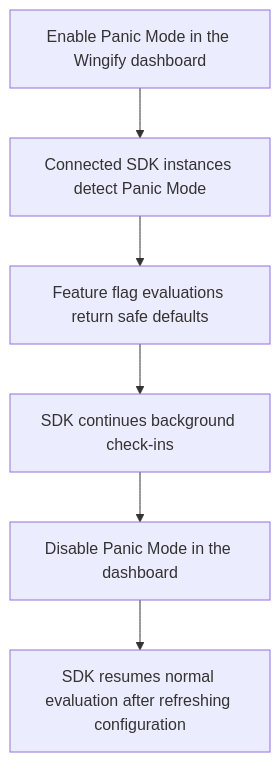
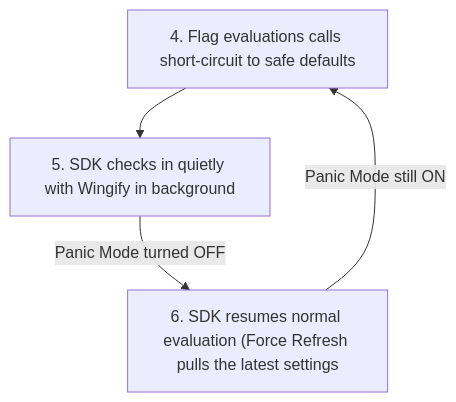
Before and after one commit to wingify/readme-central: the second of 3 diagrams in docs/Concepts/fme-panic-mode-and-force-refresh.md, drawn with Mermaid. The commit also changed other lines of this file, not shown here.

Commit message:
Update doc `fme-panic-mode-and-force-refresh`

````diff
--- a/docs/Concepts/fme-panic-mode-and-force-refresh.md
+++ b/docs/Concepts/fme-panic-mode-and-force-refresh.md
@@ -36,12 +63,10 @@
 ```mermaid
 flowchart TD
-  A["Enable Panic Mode in the Wingify dashboard"]
-  B["Connected SDK instances detect Panic Mode"]
-  C["Feature flag evaluations return safe defaults"]
-  D["SDK continues background check-ins"]
-  E["Disable Panic Mode in the dashboard"]
-  F["SDK resumes normal evaluation after refreshing configuration"]
+  C["4. Flag evaluations calls short-circuit to safe defaults"]
+  D["5. SDK checks in quietly with Wingify in background"]
+  E["6. SDK resumes normal evaluation (Force Refresh pulls the latest settings"]
 
-  A --> B --> C --> D
-  D --> E --> F
+  C --> D
+  E -- "Panic Mode still ON" --> C
+  D -- "Panic Mode turned OFF" --> E
 ```
````
